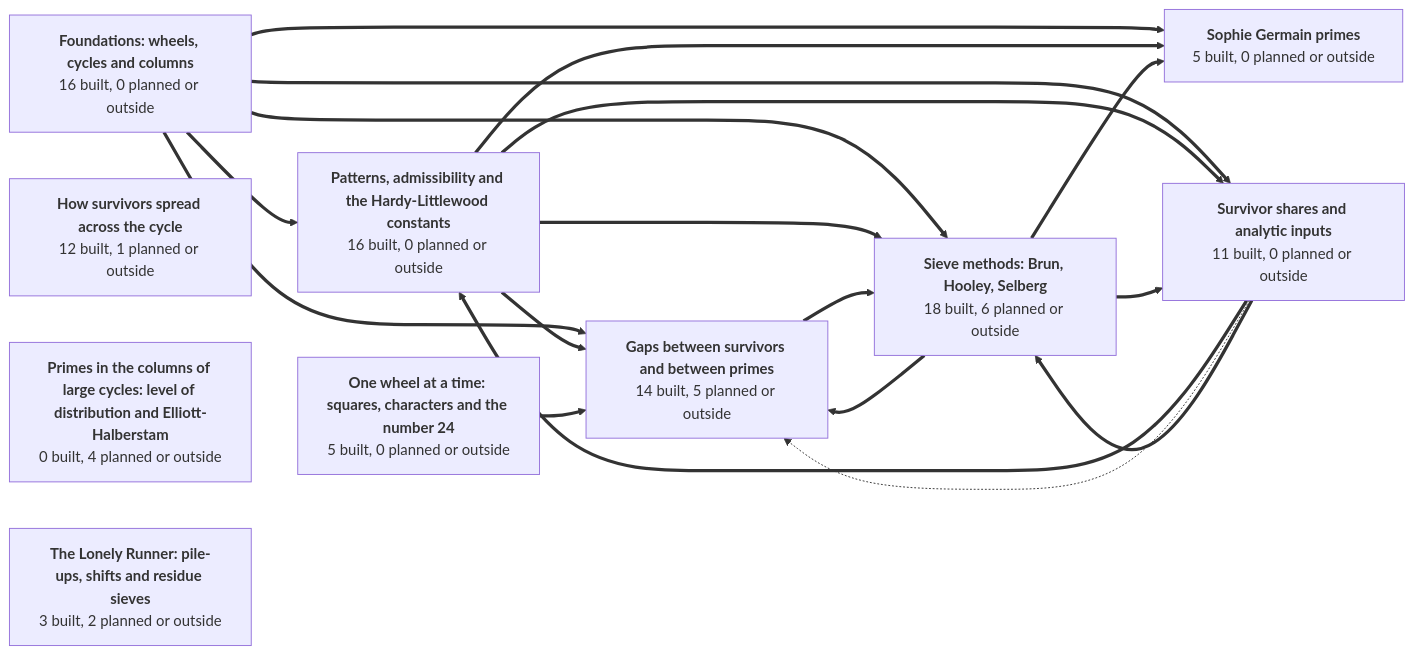
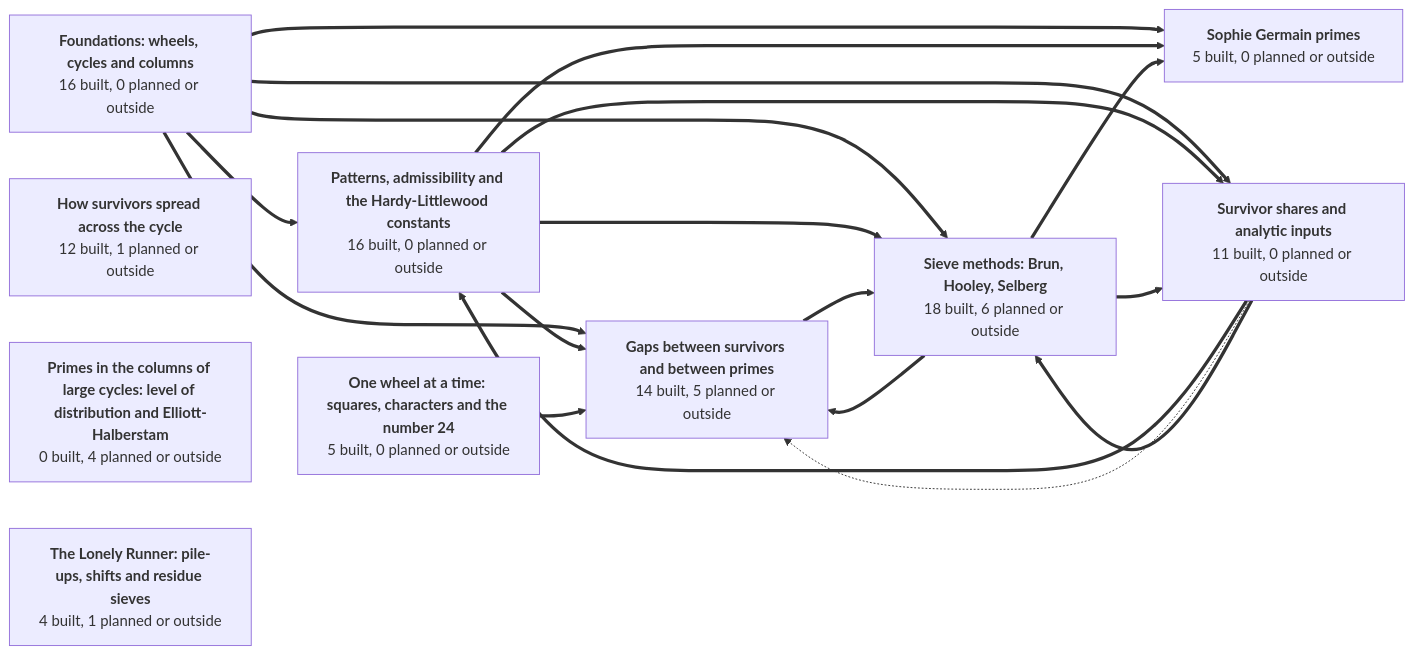
Before and after one commit to golfbum71/RNS-Sieve-Network: the first of 11 diagrams in GRAPH.md, drawn with Mermaid. The commit also changed other lines of this file and 9 other files, not shown here.

First line of the commit message:
ResidueReduction: built clean (standard axioms); metadata, node list and graph

````diff
--- a/GRAPH.md
+++ b/GRAPH.md
@@ -45,40 +45,40 @@
 ```mermaid
 graph LR
   g1["<b>Foundations: wheels, cycles and columns</b><br/>16 built, 0 planned or outside"]
   g2["<b>Patterns, admissibility and the Hardy-Littlewood constants</b><br/>16 built, 0 planned or outside"]
   g3["<b>How survivors spread across the cycle</b><br/>12 built, 1 planned or outside"]
   g4["<b>Gaps between survivors and between primes</b><br/>14 built, 5 planned or outside"]
   g5["<b>Sophie Germain primes</b><br/>5 built, 0 planned or outside"]
   g6["<b>Survivor shares and analytic inputs</b><br/>11 built, 0 planned or outside"]
   g7["<b>One wheel at a time: squares, characters and the number 24</b><br/>5 built, 0 planned or outside"]
   g8["<b>Sieve methods: Brun, Hooley, Selberg</b><br/>18 built, 6 planned or outside"]
   g9["<b>Primes in the columns of large cycles: level of distribution and Elliott-Halberstam</b><br/>0 built, 4 planned or outside"]
-  g10["<b>The Lonely Runner: pile-ups, shifts and residue sieves</b><br/>3 built, 2 planned or outside"]
+  g10["<b>The Lonely Runner: pile-ups, shifts and residue sieves</b><br/>4 built, 1 planned or outside"]
   g1 ==> g2
   g1 ==> g4
   g1 ==> g5
   g1 ==> g6
   g1 ==> g8
   g2 ==> g4
   g2 ==> g5
   g2 ==> g6
   g2 ==> g8
   g4 ==> g8
   g6 ==> g2
   g6 -.-> g4
   g6 ==> g8
   g7 ==> g4
   g8 ==> g4
   g8 ==> g5
   g8 ==> g6
   click g1 href "https://github.com/golfbum71/RNS-Sieve-Network/blob/main/GRAPH.md#foundations-wheels-cycles-and-columns" _self
   click g2 href "https://github.com/golfbum71/RNS-Sieve-Network/blob/main/GRAPH.md#patterns-admissibility-and-the-hardy-littlewood-constants" _self
   click g3 href "https://github.com/golfbum71/RNS-Sieve-Network/blob/main/GRAPH.md#how-survivors-spread-across-the-cycle" _self
   click g4 href "https://github.com/golfbum71/RNS-Sieve-Network/blob/main/GRAPH.md#gaps-between-survivors-and-between-primes" _self
   click g5 href "https://github.com/golfbum71/RNS-Sieve-Network/blob/main/GRAPH.md#sophie-germain-primes" _self
   click g6 href "https://github.com/golfbum71/RNS-Sieve-Network/blob/main/GRAPH.md#survivor-shares-and-analytic-inputs" _self
   click g7 href "https://github.com/golfbum71/RNS-Sieve-Network/blob/main/GRAPH.md#one-wheel-at-a-time-squares-characters-and-the-number-24" _self
   click g8 href "https://github.com/golfbum71/RNS-Sieve-Network/blob/main/GRAPH.md#sieve-methods-brun-hooley-selberg" _self
   click g9 href "https://github.com/golfbum71/RNS-Sieve-Network/blob/main/GRAPH.md#primes-in-the-columns-of-large-cycles-level-of-distribution-and-elliott-halberstam" _self
   click g10 href "https://github.com/golfbum71/RNS-Sieve-Network/blob/main/GRAPH.md#the-lonely-runner-pile-ups-shifts-and-residue-sieves" _self
 ```
````
